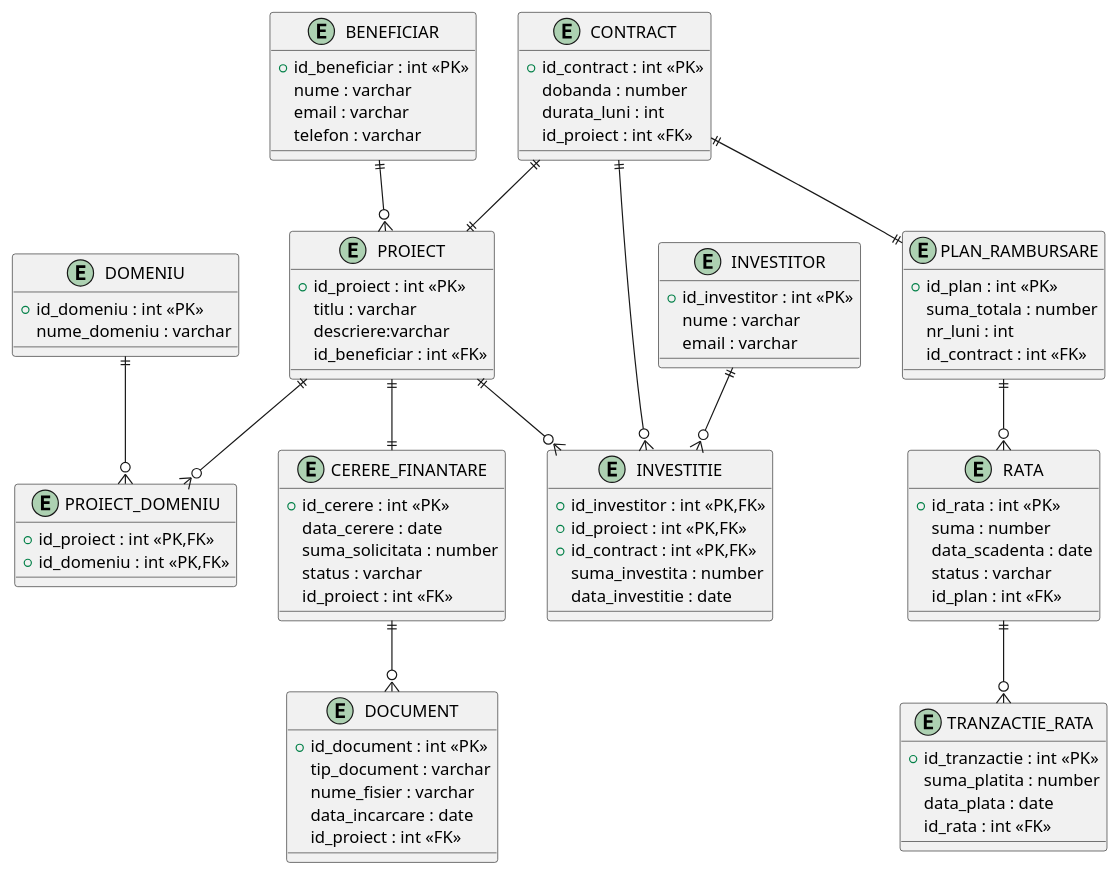
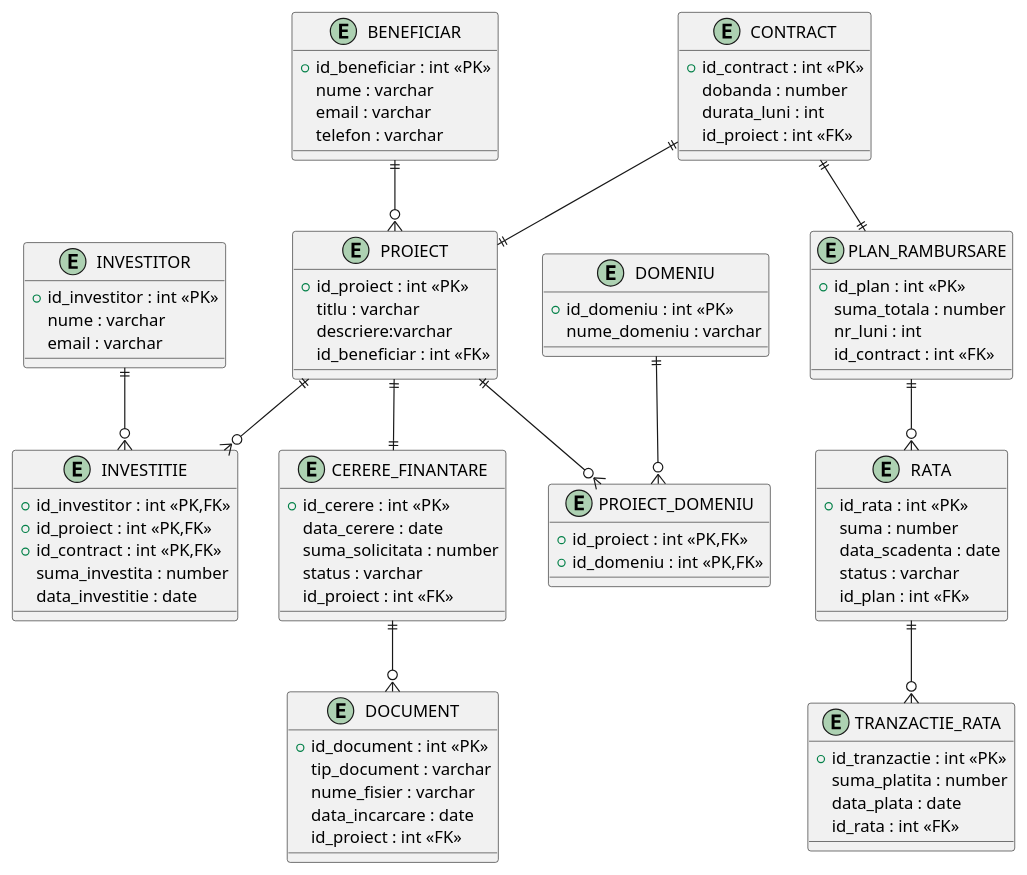
Before and after one commit to Andreea2505/Platfforma-Microfinantare: the diagram in conceptual.puml, drawn with PlantUML.

```diff
--- a/conceptual.puml
+++ b/conceptual.puml
@@ -1,102 +1,101 @@
 @startuml microfinantare
 entity BENEFICIAR {
   +id_beneficiar : int <<PK>>
   nume : varchar
   email : varchar
   telefon : varchar
 }
 
 entity INVESTITOR {
   +id_investitor : int <<PK>>
   nume : varchar
   email : varchar
   
 }
 
 entity PROIECT {
   +id_proiect : int <<PK>>
   titlu : varchar
   descriere:varchar
   id_beneficiar : int <<FK>>
 }
 
 entity CERERE_FINANTARE {
   +id_cerere : int <<PK>>
   data_cerere : date
   suma_solicitata : number
   status : varchar
   id_proiect : int <<FK>>
 }
 
 entity CONTRACT {
   +id_contract : int <<PK>>
   dobanda : number
   durata_luni : int
   id_proiect : int <<FK>>
 }
 
 entity INVESTITIE {
   +id_investitor : int <<PK,FK>>
   +id_proiect : int <<PK,FK>>
   +id_contract : int <<PK,FK>>
   suma_investita : number
   data_investitie : date
 }
 
 entity PLAN_RAMBURSARE {
   +id_plan : int <<PK>>
   suma_totala : number
   nr_luni : int
   id_contract : int <<FK>>
 }
 
 entity RATA {
   +id_rata : int <<PK>>
   suma : number
   data_scadenta : date
   status : varchar
   id_plan : int <<FK>>
 }
 
 
 entity DOMENIU {
   +id_domeniu : int <<PK>>
   nume_domeniu : varchar
 }
 
 entity PROIECT_DOMENIU {
   +id_proiect : int <<PK,FK>>
   +id_domeniu : int <<PK,FK>>
 }
 entity TRANZACTIE_RATA {
   +id_tranzactie : int <<PK>>
   suma_platita : number
   data_plata : date
   id_rata : int <<FK>>
 }
 
 entity DOCUMENT {
   +id_document : int <<PK>>
   tip_document : varchar
   nume_fisier : varchar
   data_incarcare : date
   id_proiect : int <<FK>>
 }
 BENEFICIAR ||--o{ PROIECT
 PROIECT ||--|| CERERE_FINANTARE
 
 INVESTITOR ||--o{ INVESTITIE
 PROIECT ||--o{ INVESTITIE
-CONTRACT ||--o{ INVESTITIE
 
 CONTRACT ||--|| PLAN_RAMBURSARE
 CONTRACT ||--|| PROIECT
 PLAN_RAMBURSARE ||--o{ RATA
 
 PROIECT ||--o{ PROIECT_DOMENIU
 DOMENIU ||--o{ PROIECT_DOMENIU
 
 RATA ||--o{ TRANZACTIE_RATA
 CERERE_FINANTARE ||--o{ DOCUMENT
 
 @enduml
```
